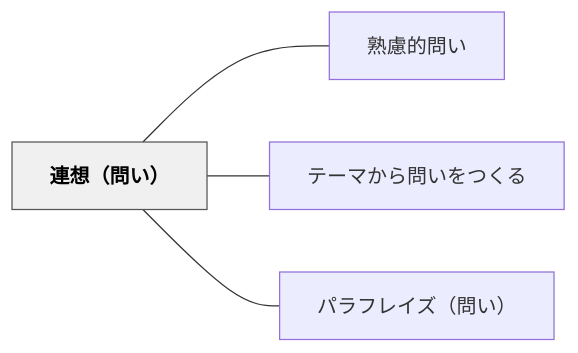
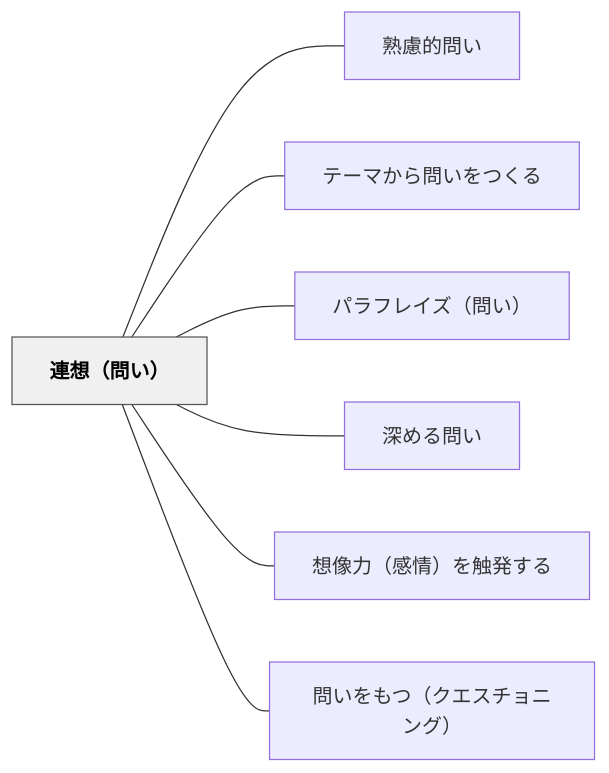
One commit to unknownthings-ed-patterns/unknownthings-ed-patterns changed the diagram in content/パタン/連想（問い）.md. Above: the diagram before and after it, drawn with Mermaid. The commit also changed other lines of this file and 35 other files, not shown here.

````diff
--- a/content/パタン/連想（問い）.md
+++ b/content/パタン/連想（問い）.md
@@ -47,14 +50,20 @@
 ```mermaid
 flowchart LR
     ne980a3e683b3efbc88e5958fe38184efbc89["連想（問い）"]
     ne7869fe685aee79a84e5958fe38184["熟慮的問い"]
     ne38386e383bce3839ee3818be38289e5958fe38184e38292e381a4e3818fe3828b["テーマから問いをつくる"]
     ne38391e383a9e38395e383ace382a4e382baefbc88e5958fe38184efbc89["パラフレイズ（問い）"]
+    ne6b7b1e38281e3828be5958fe38184["深める問い"]
+    ne683b3e5838fe58a9befbc88e6849fe68385efbc89e38292e8a7a6e799bae38199e3828b["想像力（感情）を触発する"]
+    ne5958fe38184e38292e38282e381a4efbc88e382afe382a8e382b9e38381e383a7e3838be383b3e382b0efbc89["問いをもつ（クエスチョニング）"]
 
     ne980a3e683b3efbc88e5958fe38184efbc89 --- ne7869fe685aee79a84e5958fe38184
     ne980a3e683b3efbc88e5958fe38184efbc89 --- ne38386e383bce3839ee3818be38289e5958fe38184e38292e381a4e3818fe3828b
     ne980a3e683b3efbc88e5958fe38184efbc89 --- ne38391e383a9e38395e383ace382a4e382baefbc88e5958fe38184efbc89
+    ne980a3e683b3efbc88e5958fe38184efbc89 --- ne6b7b1e38281e3828be5958fe38184
+    ne980a3e683b3efbc88e5958fe38184efbc89 --- ne683b3e5838fe58a9befbc88e6849fe68385efbc89e38292e8a7a6e799bae38199e3828b
+    ne980a3e683b3efbc88e5958fe38184efbc89 --- ne5958fe38184e38292e38282e381a4efbc88e382afe382a8e382b9e38381e383a7e3838be383b3e382b0efbc89
 
     classDef hub fill:#f0f0f0,stroke:#555,color:#000,font-weight:bold
     class ne980a3e683b3efbc88e5958fe38184efbc89 hub
 ```
````
